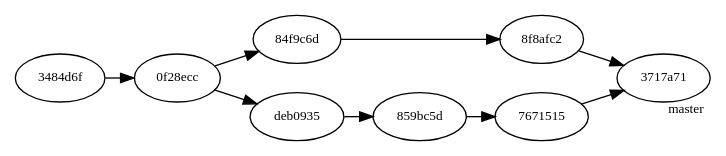
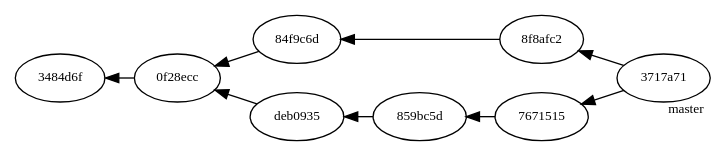
The diagram in lektioner/11-programmering-i-team/fig/after-merge.dot (jonaskeisu/newton-sysg-op1), drawn with Graphviz before and after one commit. The commit also changed 10 other files, not shown here.

```diff
--- a/lektioner/11-programmering-i-team/fig/after-merge.dot
+++ b/lektioner/11-programmering-i-team/fig/after-merge.dot
@@ -1,19 +1,20 @@
 digraph branch 
 {
   rankdir=LR
   ranksep=0.3
   nodesep=0.3
-  node [fontsize=10,]
+  node [fontsize=10]
+  edge [dir = "back"]
   c2 [label = "3484d6f"]
   c3 [label = "0f28ecc"]
   c4 [label = "84f9c6d"]
   c5 [label = "8f8afc2"]
   c6 [label = "deb0935"]
   c7 [label = "859bc5d"]
   c8 [label = "7671515"]
   c9 [label = "3717a71", xlabel="master"]
 
 
   c2 -> c3 -> c4 -> c5 -> c9
   c3 -> c6 -> c7  -> c8 -> c9
 }
```
